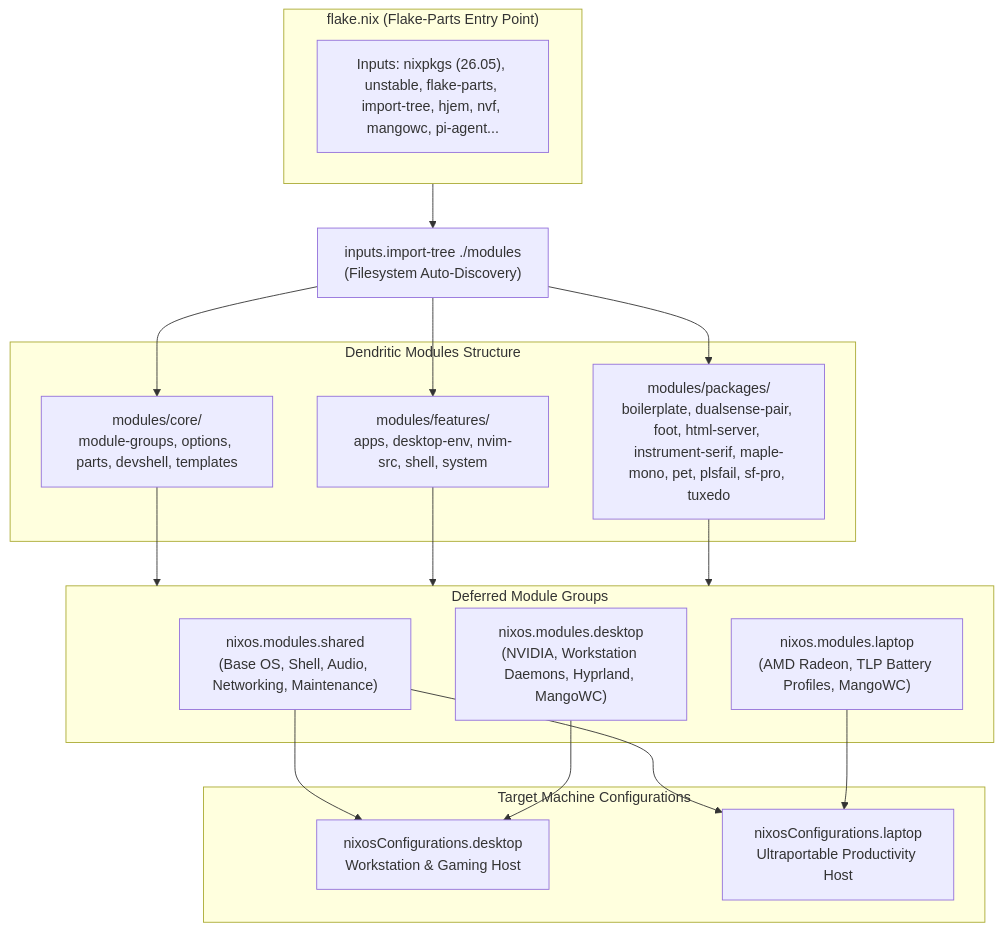
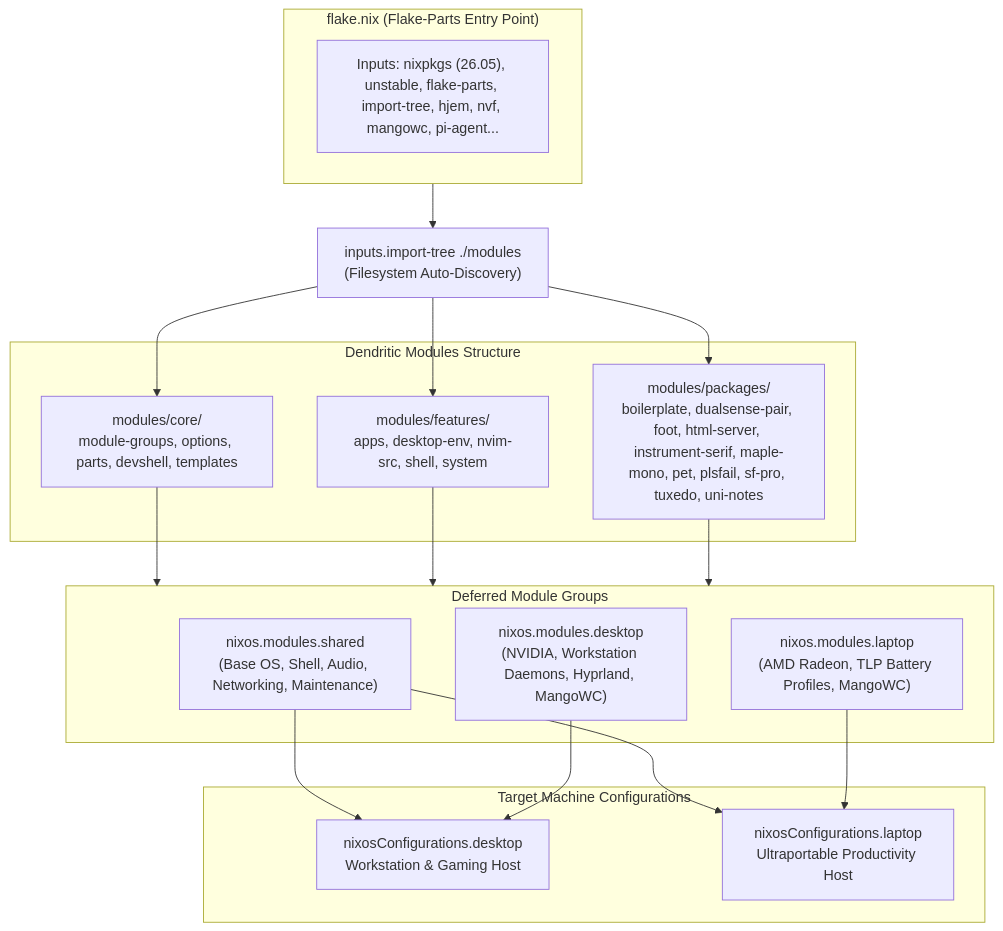
One commit to Ssnibles/NixConfig changed the diagram in README.md. Above: the diagram before and after it, drawn with Mermaid. The commit also changed other lines of this file and 1 other file, not shown here.

Commit message:
docs: sync README and check architecture diagram in CI

````diff
--- a/README.md
+++ b/README.md
@@ -86,45 +86,45 @@
 ```mermaid
 flowchart TD
     subgraph Flake["flake.nix (Flake-Parts Entry Point)"]
         Inputs["Inputs: nixpkgs (26.05), unstable, flake-parts, import-tree, hjem, nvf, mangowc, pi-agent..."]
     end
 
     Tree["inputs.import-tree ./modules<br/>(Filesystem Auto-Discovery)"]
     Flake --> Tree
 
     subgraph Modules["Dendritic Modules Structure"]
         Core["modules/core/<br/>module-groups, options, parts, devshell, templates"]
         Features["modules/features/<br/>apps, desktop-env, nvim-src, shell, system"]
-        Packages["modules/packages/<br/>boilerplate, dualsense-pair, foot, html-server, instrument-serif, maple-mono, pet, plsfail, sf-pro, tuxedo"]
+        Packages["modules/packages/<br/>boilerplate, dualsense-pair, foot, html-server, instrument-serif, maple-mono, pet, plsfail, sf-pro, tuxedo, uni-notes"]
     end
 
     Tree --> Core
     Tree --> Features
     Tree --> Packages
 
     subgraph Composition["Deferred Module Groups"]
         Shared["nixos.modules.shared<br/>(Base OS, Shell, Audio, Networking, Maintenance)"]
         DesktopGroup["nixos.modules.desktop<br/>(NVIDIA, Workstation Daemons, Hyprland, MangoWC)"]
         LaptopGroup["nixos.modules.laptop<br/>(AMD Radeon, TLP Battery Profiles, MangoWC)"]
     end
 
     Core --> Composition
     Features --> Composition
     Packages --> Composition
 
     subgraph Hosts["Target Machine Configurations"]
         DesktopHost["nixosConfigurations.desktop<br/>Workstation & Gaming Host"]
         LaptopHost["nixosConfigurations.laptop<br/>Ultraportable Productivity Host"]
     end
 
     Shared --> DesktopHost
     DesktopGroup --> DesktopHost
     Shared --> LaptopHost
     LaptopGroup --> LaptopHost
 
     click Core href "modules/core" "Open core modules"
     click Features href "modules/features" "Open features modules"
     click Packages href "modules/packages" "Open custom packages"
     click DesktopHost href "modules/hosts/desktop" "Open desktop host configuration"
     click LaptopHost href "modules/hosts/laptop" "Open laptop host configuration"
 ```
````
